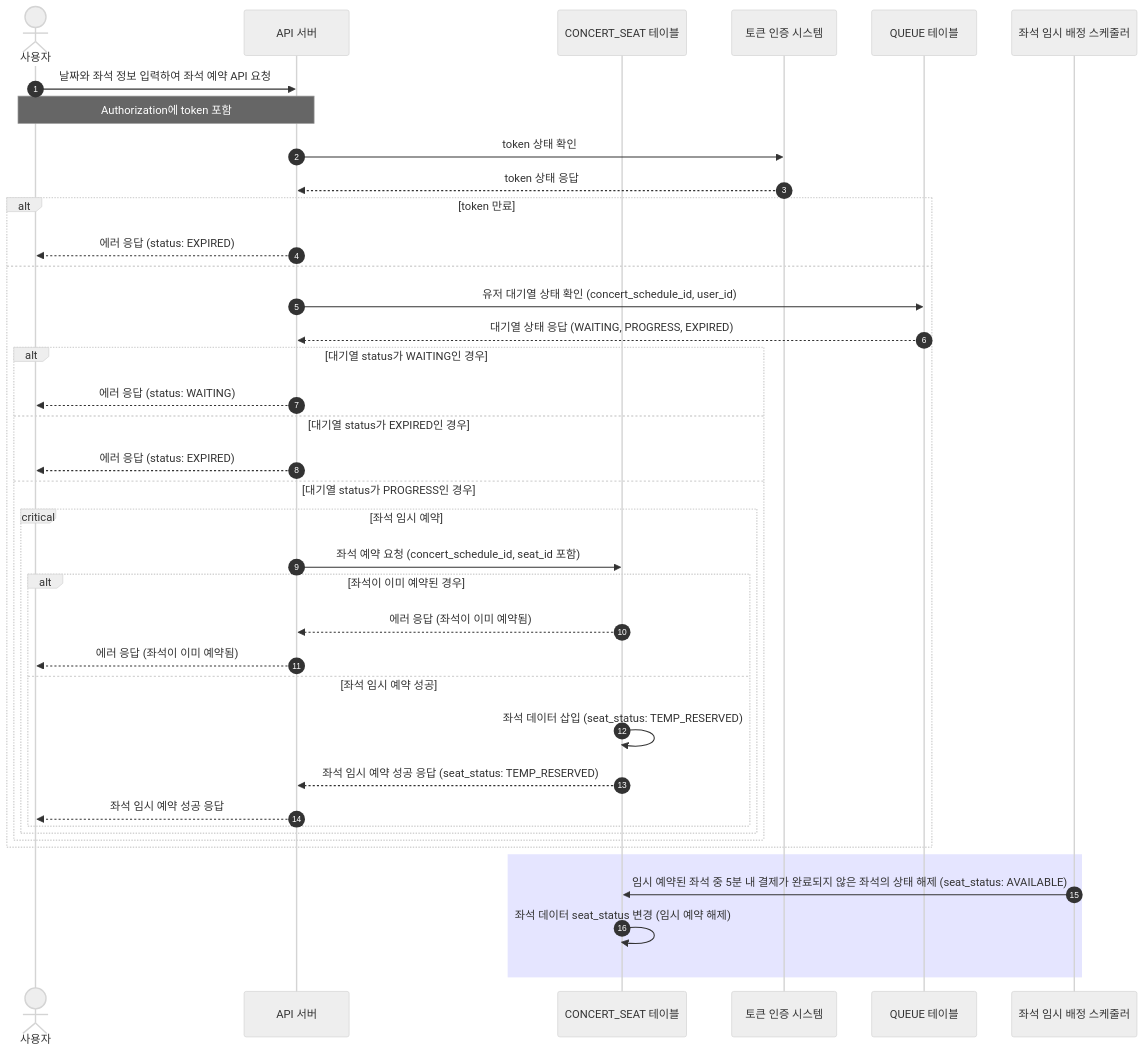
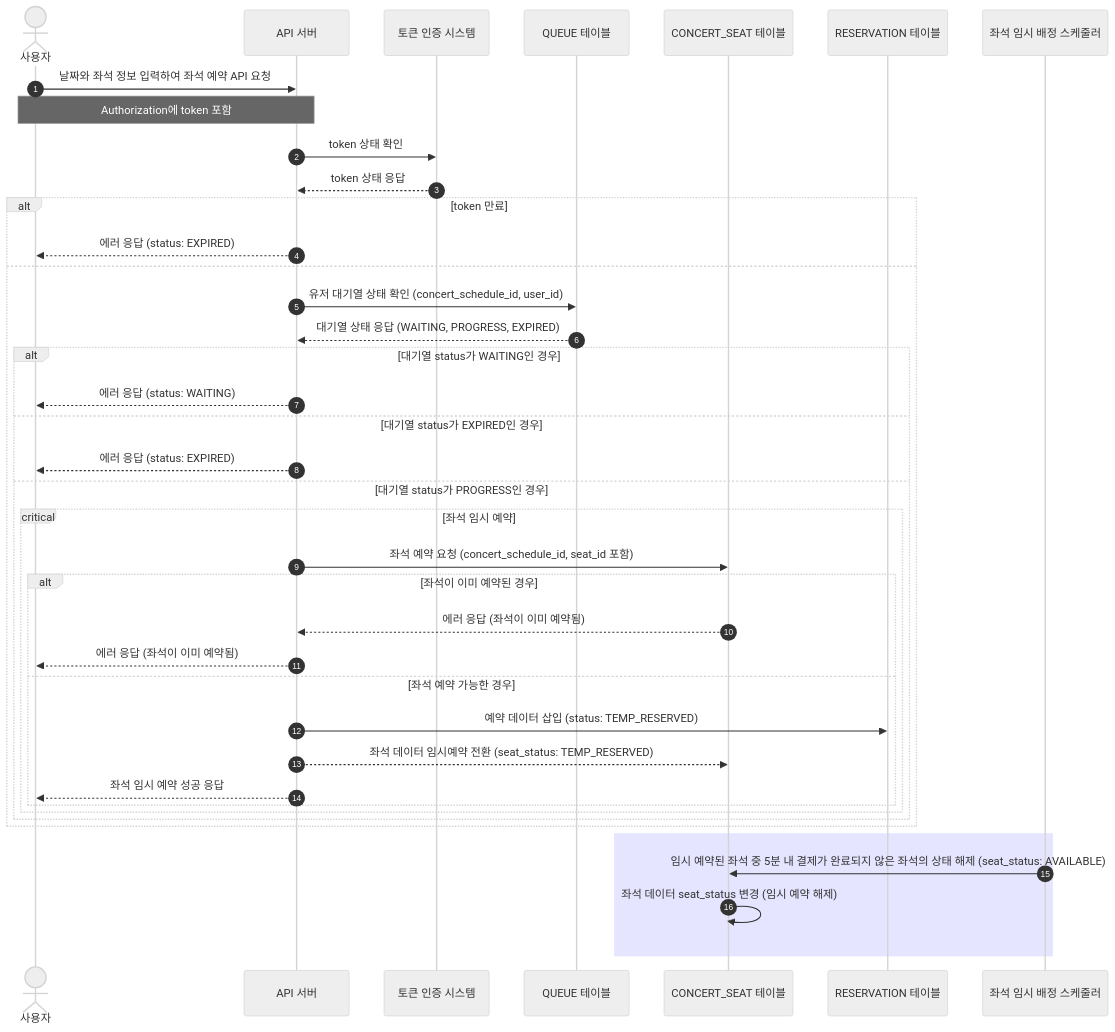
One commit to Cheondongmin/concert-java changed the fifth of 8 diagrams in docs/sequence.md. Above: the diagram before and after it, drawn with Mermaid (neutral theme). The commit also changed other lines of this file, not shown here.

````diff
--- a/docs/sequence.md
+++ b/docs/sequence.md
@@ -110,44 +112,45 @@
 ```mermaid
 sequenceDiagram
     autonumber
     actor 사용자 as 사용자
     participant API as API 서버
-    participant CONCERT_SEAT as CONCERT_SEAT 테이블
     participant AUTH as 토큰 인증 시스템
     participant QUEUE as QUEUE 테이블
+    participant CONCERT_SEAT as CONCERT_SEAT 테이블
+    participant RESERVATION as RESERVATION 테이블
     participant SEAT_SCHEDULER as 좌석 임시 배정 스케줄러
-
+    
     사용자 ->> API: 날짜와 좌석 정보 입력하여 좌석 예약 API 요청
     Note over 사용자, API: Authorization에 token 포함
     API ->> AUTH: token 상태 확인
     AUTH -->> API: token 상태 응답
     alt token 만료
         API -->> 사용자: 에러 응답 (status: EXPIRED)
     else
         API ->> QUEUE: 유저 대기열 상태 확인 (concert_schedule_id, user_id)
         QUEUE -->> API: 대기열 상태 응답 (WAITING, PROGRESS, EXPIRED)
 
         alt 대기열 status가 WAITING인 경우
             API -->> 사용자: 에러 응답 (status: WAITING)
         else 대기열 status가 EXPIRED인 경우
             API -->> 사용자: 에러 응답 (status: EXPIRED)
         else 대기열 status가 PROGRESS인 경우
             critical 좌석 임시 예약
                 API ->> CONCERT_SEAT: 좌석 예약 요청 (concert_schedule_id, seat_id 포함)
                 alt 좌석이 이미 예약된 경우
                     CONCERT_SEAT -->> API: 에러 응답 (좌석이 이미 예약됨)
                     API -->> 사용자: 에러 응답 (좌석이 이미 예약됨)
-                else 좌석 임시 예약 성공
-                    CONCERT_SEAT ->> CONCERT_SEAT: 좌석 데이터 삽입 (seat_status: TEMP_RESERVED)
-                    CONCERT_SEAT -->> API: 좌석 임시 예약 성공 응답 (seat_status: TEMP_RESERVED)
+                else 좌석 예약 가능한 경우
+                    API ->> RESERVATION: 예약 데이터 삽입 (status: TEMP_RESERVED)
+                    API -->> CONCERT_SEAT: 좌석 데이터 임시예약 전환 (seat_status: TEMP_RESERVED)
                     API -->> 사용자: 좌석 임시 예약 성공 응답
                 end
             end
         end
     end
 
     rect rgba(0, 0, 255, .1)
         SEAT_SCHEDULER ->> CONCERT_SEAT: 임시 예약된 좌석 중 5분 내 결제가 완료되지 않은 좌석의 상태 해제 (seat_status: AVAILABLE)
         CONCERT_SEAT ->> CONCERT_SEAT: 좌석 데이터 seat_status 변경 (임시 예약 해제)
     end
 ```
````
